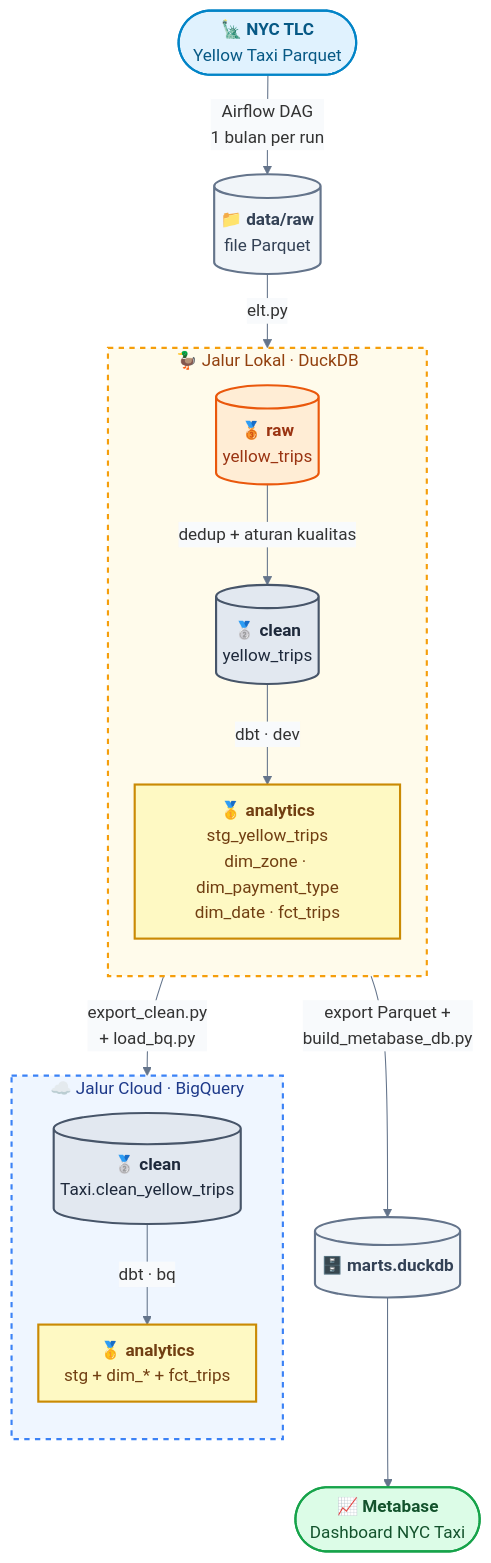
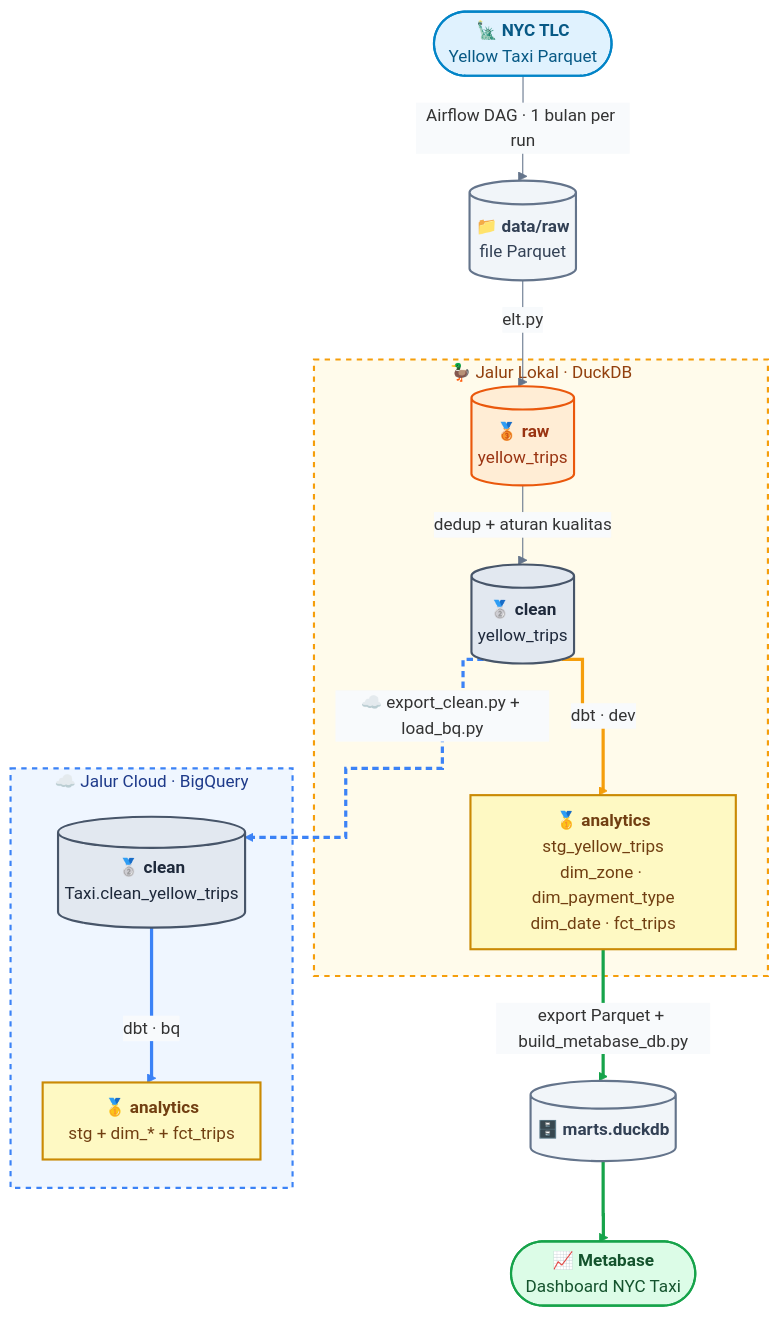
The diagram in docs/architecture.md (MacFlurries/elt-nyc-taxi), drawn with Mermaid before and after one commit.

Commit message:
Update architecture diagram and flow details

````diff
--- a/docs/architecture.md
+++ b/docs/architecture.md
@@ -3,41 +3,45 @@
 ```mermaid
-%%{init: {"theme":"base","themeVariables":{"fontFamily":"Inter, Segoe UI, sans-serif","fontSize":"16px","lineColor":"#64748b","textColor":"#1e293b","edgeLabelBackground":"#f8fafc"},"flowchart":{"curve":"basis","nodeSpacing":30,"rankSpacing":45,"padding":12}}}%%
+%%{init: {"theme":"base","themeVariables":{"fontFamily":"Inter, Segoe UI, sans-serif","fontSize":"16px","lineColor":"#64748b","textColor":"#1e293b","edgeLabelBackground":"#f8fafc"},"flowchart":{"curve":"step","nodeSpacing":40,"rankSpacing":50,"padding":12}}}%%
 flowchart TB
     TLC(["🗽 <b>NYC TLC</b><br/>Yellow Taxi Parquet"]):::source
     RAWF[("📁 <b>data/raw</b><br/>file Parquet")]:::storage
 
-    TLC -->|"Airflow DAG<br/>1 bulan per run"| RAWF
-
     subgraph DUCK["🦆 Jalur Lokal · DuckDB"]
-        direction TB
         RAW[("🥉 <b>raw</b><br/>yellow_trips")]:::raw
         CLEAN[("🥈 <b>clean</b><br/>yellow_trips")]:::clean
         MARTS["🥇 <b>analytics</b><br/>stg_yellow_trips<br/>dim_zone · dim_payment_type<br/>dim_date · fct_trips"]:::mart
-        RAW -->|"dedup + aturan kualitas"| CLEAN
-        CLEAN -->|"dbt · dev"| MARTS
     end
 
-    RAWF -->|"elt.py"| RAW
-
-    MARTS -->|"export Parquet +<br/>build_metabase_db.py"| MBDB[("🗄️ <b>marts.duckdb</b>")]:::storage
-    MBDB --> MB(["📈 <b>Metabase</b><br/>Dashboard NYC Taxi"]):::bi
+    MBDB[("🗄️ <b>marts.duckdb</b>")]:::storage
+    MB(["📈 <b>Metabase</b><br/>Dashboard NYC Taxi"]):::bi
 
     subgraph BQ["☁️ Jalur Cloud · BigQuery"]
-        direction TB
         BQC[("🥈 <b>clean</b><br/>Taxi.clean_yellow_trips")]:::clean
         BQM["🥇 <b>analytics</b><br/>stg + dim_* + fct_trips"]:::mart
-        BQC -->|"dbt · bq"| BQM
     end
 
-    CLEAN -->|"export_clean.py<br/>+ load_bq.py"| BQC
+    %% ---- Alur (urutan edge dipakai oleh linkStyle di bawah) ----
+    TLC  -->|"Airflow DAG · 1 bulan per run"| RAWF
+    RAWF -->|"elt.py"| RAW
+    RAW  -->|"dedup + aturan kualitas"| CLEAN
+    CLEAN -->|"dbt · dev"| MARTS
+    MARTS -->|"export Parquet + build_metabase_db.py"| MBDB
+    MBDB --> MB
+    CLEAN -.->|"☁️ export_clean.py + load_bq.py"| BQC
+    BQC  -->|"dbt · bq"| BQM
 
     classDef source  fill:#e0f2fe,stroke:#0284c7,stroke-width:2px,color:#075985
     classDef storage fill:#f1f5f9,stroke:#64748b,stroke-width:2px,color:#334155
     classDef raw     fill:#ffedd5,stroke:#ea580c,stroke-width:2px,color:#9a3412
     classDef clean   fill:#e2e8f0,stroke:#475569,stroke-width:2px,color:#1e293b
     classDef mart    fill:#fef9c3,stroke:#ca8a04,stroke-width:2px,color:#713f12
     classDef bi      fill:#dcfce7,stroke:#16a34a,stroke-width:2px,color:#14532d
 
     style DUCK fill:#fffbeb,stroke:#f59e0b,stroke-width:2px,stroke-dasharray:5 5,color:#92400e
     style BQ   fill:#eff6ff,stroke:#3b82f6,stroke-width:2px,stroke-dasharray:5 5,color:#1e3a8a
+
+    linkStyle 3 stroke:#f59e0b,stroke-width:3px
+    linkStyle 4,5 stroke:#16a34a,stroke-width:3px
+    linkStyle 6 stroke:#3b82f6,stroke-width:3px,stroke-dasharray:6 4
+    linkStyle 7 stroke:#3b82f6,stroke-width:3px
 ```
````
